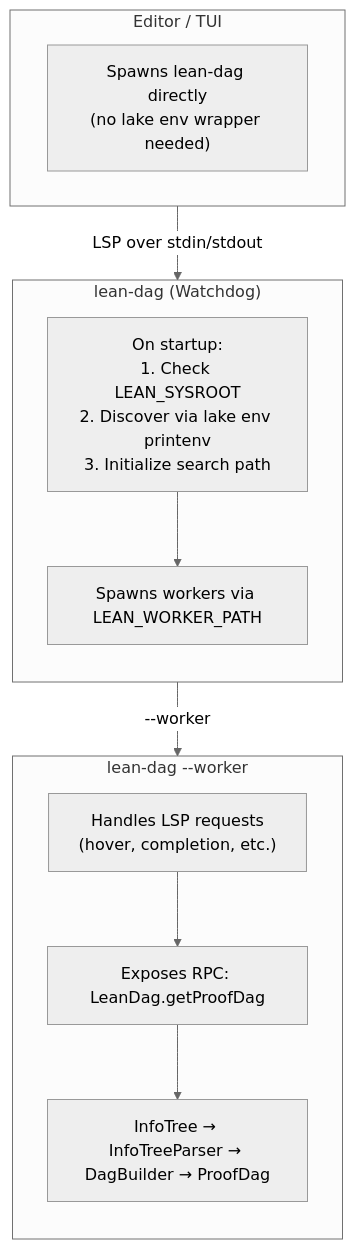
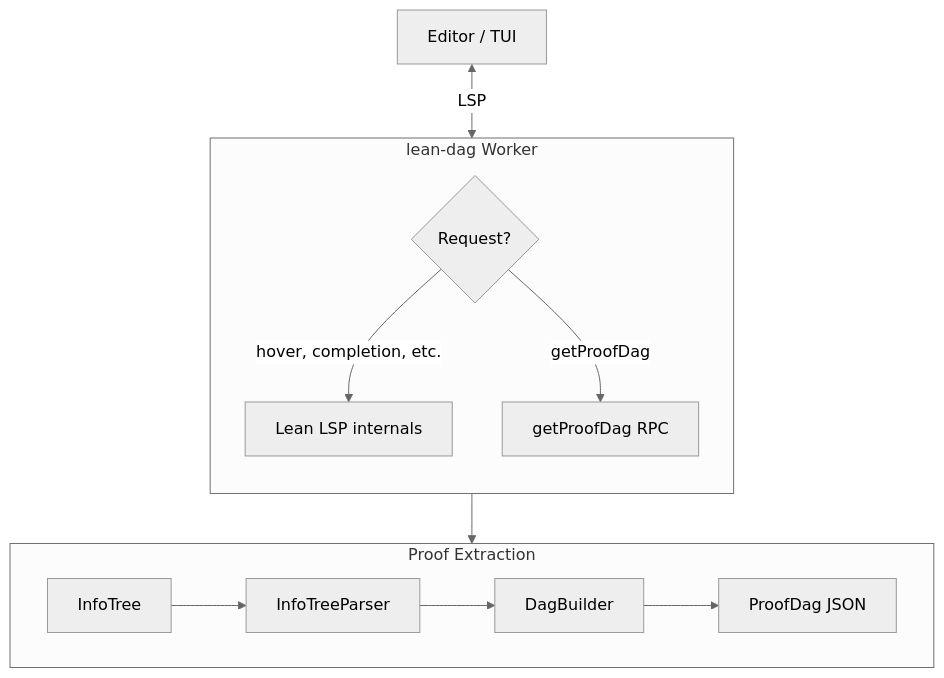
Before and after one commit to wvhulle/lean-dag: the diagram in README.md, drawn with Mermaid (neutral theme). The commit also changed other lines of this file and 6 other files, not shown here.

````diff
--- a/README.md
+++ b/README.md
@@ -19,25 +19,23 @@
 ```mermaid
 flowchart TB
-    subgraph Editor["Editor / TUI"]
-        spawn["Spawns lean-dag directly<br/>(no lake env wrapper needed)"]
+    Editor[Editor / TUI]
+
+    subgraph LeanDag[lean-dag Worker]
+        direction TB
+        Router{Request?}
+        LeanLSP[Lean LSP internals]
+        ProofDag[getProofDag RPC]
     end
 
-    subgraph Watchdog["lean-dag (Watchdog)"]
-        direction TB
-        init["On startup:<br/>1. Check LEAN_SYSROOT<br/>2. Discover via lake env printenv<br/>3. Initialize search path"]
-        spawnWorker["Spawns workers via LEAN_WORKER_PATH"]
-        init --> spawnWorker
+    subgraph Pipeline[Proof Extraction]
+        direction LR
+        InfoTree --> Parser[InfoTreeParser]
+        Parser --> Builder[DagBuilder]
+        Builder --> JSON[ProofDag JSON]
     end
 
-    subgraph Worker["lean-dag --worker"]
-        direction TB
-        lsp["Handles LSP requests<br/>(hover, completion, etc.)"]
-        rpc["Exposes RPC: LeanDag.getProofDag"]
-        pipeline["InfoTree → InfoTreeParser → DagBuilder → ProofDag"]
-        lsp --> rpc
-        rpc --> pipeline
-    end
-
-    Editor -->|"LSP over stdin/stdout"| Watchdog
-    Watchdog -->|"--worker"| Worker
+    Editor <-->|LSP| Router
+    Router -->|hover, completion, etc.| LeanLSP
+    Router -->|getProofDag| ProofDag
+    ProofDag --> Pipeline
 ```
````
